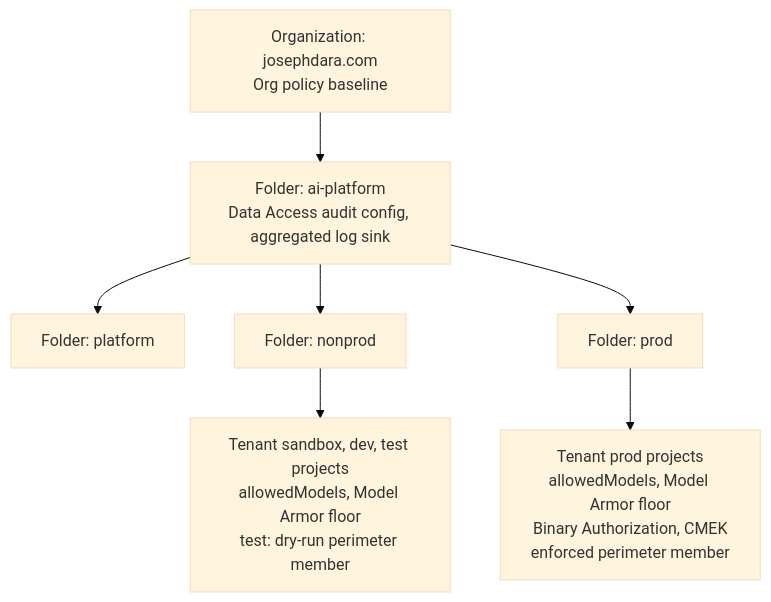
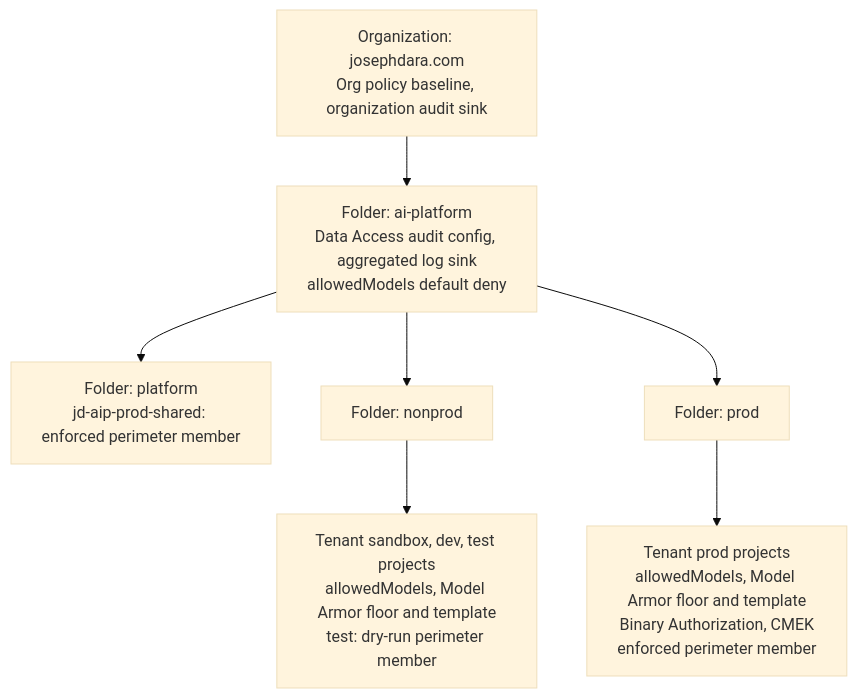
The second of 8 diagrams in architecture.md (Josephdara/tenantloom-ai), drawn with Mermaid (base theme) before and after one commit. The commit also changed other lines of this file and 13 other files, not shown here.

Commit message:
docs: settle architecture decisions and add ADRs 001-012

````diff
--- a/architecture.md
+++ b/architecture.md
@@ -118,9 +121,9 @@
 ```mermaid
 flowchart TD
-    ORG["Organization: josephdara.com<br/>Org policy baseline"] --> AIP["Folder: ai-platform<br/>Data Access audit config, aggregated log sink"]
-    AIP --> PLAT["Folder: platform"]
+    ORG["Organization: josephdara.com<br/>Org policy baseline, organization audit sink"] --> AIP["Folder: ai-platform<br/>Data Access audit config, aggregated log sink<br/>allowedModels default deny"]
+    AIP --> PLAT["Folder: platform<br/>jd-aip-prod-shared: enforced perimeter member"]
     AIP --> NP["Folder: nonprod"]
     AIP --> PR["Folder: prod"]
-    NP --> NPP["Tenant sandbox, dev, test projects<br/>allowedModels, Model Armor floor<br/>test: dry-run perimeter member"]
-    PR --> PRP["Tenant prod projects<br/>allowedModels, Model Armor floor<br/>Binary Authorization, CMEK<br/>enforced perimeter member"]
+    NP --> NPP["Tenant sandbox, dev, test projects<br/>allowedModels, Model Armor floor and template<br/>test: dry-run perimeter member"]
+    PR --> PRP["Tenant prod projects<br/>allowedModels, Model Armor floor and template<br/>Binary Authorization, CMEK<br/>enforced perimeter member"]
 ```
````
